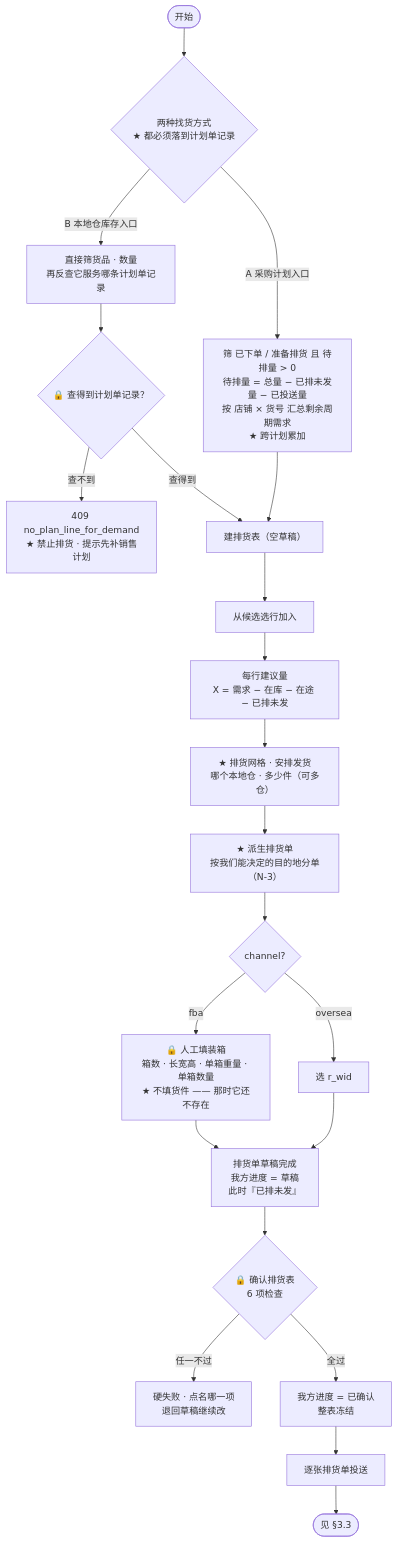
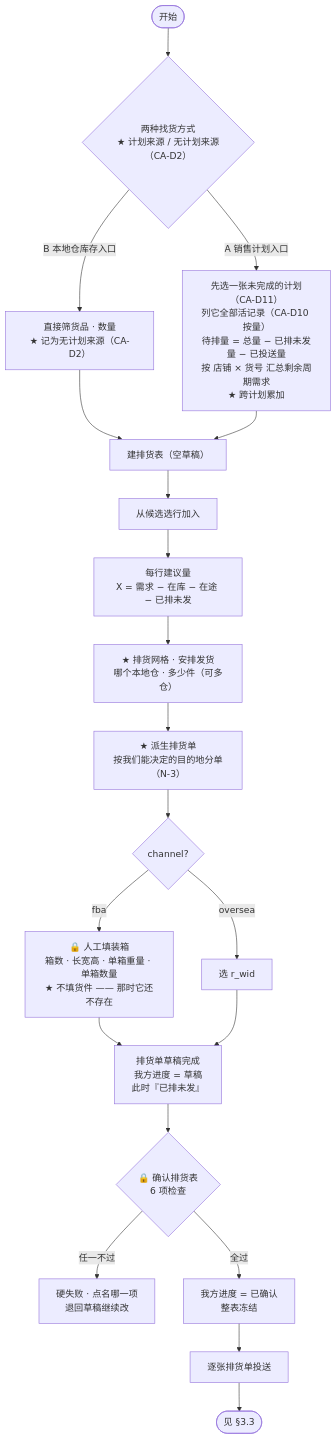
Before and after one commit to DuoWeiTree/service_supplychain: the fourth of 6 diagrams in docs/06-核心业务流程.md, drawn with Mermaid. The commit also changed other lines of this file and 223 other files, not shown here.

````diff
--- a/docs/06-核心业务流程.md
+++ b/docs/06-核心业务流程.md
@@ -229,24 +229,22 @@
 ```mermaid
 flowchart TD
-  S(["开始"]) --> R0{"两种找货方式<br/>★ 都必须落到计划单记录"}
-  R0 -->|"A 采购计划入口"| R1a["筛 已下单 / 准备排货 且 待排量 > 0<br/>待排量 = 总量 − 已排未发量 − 已投送量<br/>按 店铺 × 货号 汇总剩余周期需求<br/>★ 跨计划累加"]
-  R0 -->|"B 本地仓库存入口"| R1b["直接筛货品 · 数量<br/>再反查它服务哪条计划单记录"]
-  R1b --> R1c{"🔒 查得到计划单记录？"}
-  R1c -->|"查不到"| E0["409 no_plan_line_for_demand<br/>★ 禁止排货 · 提示先补销售计划"]
-  R1c -->|"查得到"| R2
+  S(["开始"]) --> R0{"两种找货方式<br/>★ 计划来源 / 无计划来源（CA-D2）"}
+  R0 -->|"A 销售计划入口"| R1a["先选一张未完成的计划（CA-D11）<br/>列它全部活记录（CA-D10 按量）<br/>待排量 = 总量 − 已排未发量 − 已投送量<br/>按 店铺 × 货号 汇总剩余周期需求<br/>★ 跨计划累加"]
+  R0 -->|"B 本地仓库存入口"| R1b["直接筛货品 · 数量<br/>★ 记为无计划来源（CA-D2）"]
+  R1b --> R2
   R1a --> R2["建排货表（空草稿）"]
   R2 --> R3["从候选选行加入"]
   R3 --> R4["每行建议量<br/>X = 需求 − 在库 − 在途 − 已排未发"]
   R4 --> R5["★ 排货网格 · 安排发货<br/>哪个本地仓 · 多少件（可多仓）"]
   R5 --> R6["★ 派生排货单<br/>按我们能决定的目的地分单（N-3）"]
   R6 --> R7{"channel?"}
   R7 -->|"fba"| R8["🔒 人工填装箱<br/>箱数 · 长宽高 · 单箱重量 · 单箱数量<br/>★ 不填货件 —— 那时它还不存在"]
   R7 -->|"oversea"| R9["选 r_wid"]
   R8 --> R10
   R9 --> R10["排货单草稿完成<br/>我方进度 = 草稿<br/>此时『已排未发』"]
   R10 --> R11{"🔒 确认排货表<br/>6 项检查"}
   R11 -->|"任一不过"| E1["硬失败 · 点名哪一项<br/>退回草稿继续改"]
   R11 -->|"全过"| R12["我方进度 = 已确认<br/>整表冻结"]
   R12 --> R13["逐张排货单投送"]
   R13 --> T(["见 §3.3"])
 ```
````
